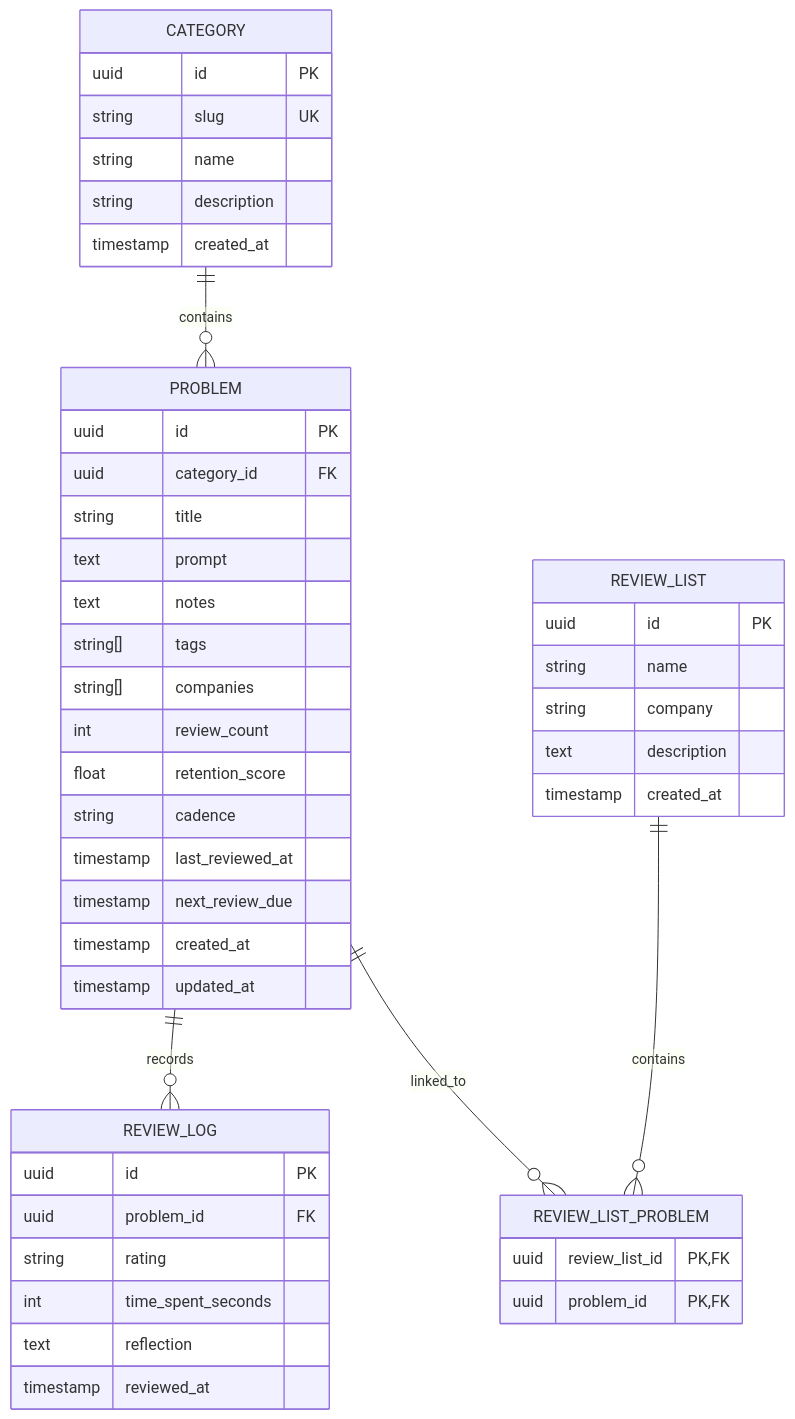
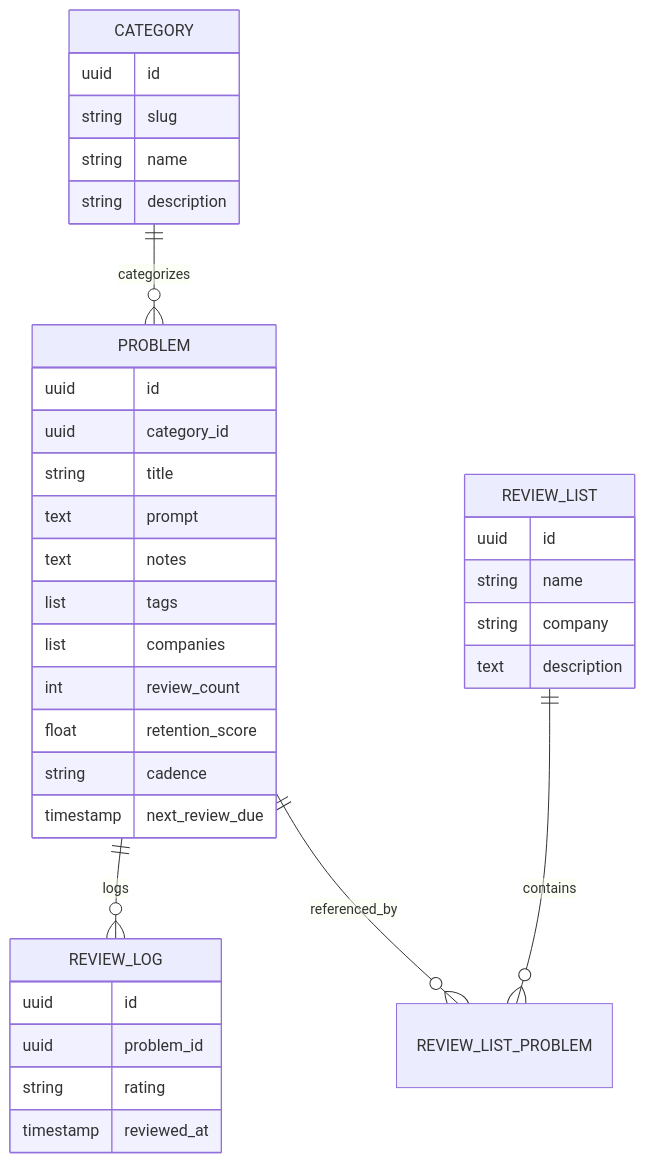
One commit to 92fueler/brain_shuffle changed the third of 6 diagrams in docs/DESIGN.md. Above: the diagram before and after it, drawn with Mermaid. The commit also changed other lines of this file and 13 other files, not shown here.

````diff
--- a/docs/DESIGN.md
+++ b/docs/DESIGN.md
@@ -90,54 +81,42 @@
 ```mermaid
 erDiagram
-    CATEGORY ||--o{ PROBLEM : contains
-    PROBLEM ||--o{ REVIEW_LOG : records
+    CATEGORY ||--o{ PROBLEM : categorizes
+    PROBLEM ||--o{ REVIEW_LOG : logs
     REVIEW_LIST ||--o{ REVIEW_LIST_PROBLEM : contains
-    PROBLEM ||--o{ REVIEW_LIST_PROBLEM : linked_to
+    PROBLEM ||--o{ REVIEW_LIST_PROBLEM : referenced_by
 
     CATEGORY {
-        uuid id PK
-        string slug UK
+        uuid id
+        string slug
         string name
         string description
-        timestamp created_at
     }
 
     PROBLEM {
-        uuid id PK
-        uuid category_id FK
+        uuid id
+        uuid category_id
         string title
         text prompt
         text notes
-        string[] tags
-        string[] companies
+        list tags
+        list companies
         int review_count
         float retention_score
         string cadence
-        timestamp last_reviewed_at
         timestamp next_review_due
-        timestamp created_at
-        timestamp updated_at
     }
 
     REVIEW_LIST {
-        uuid id PK
+        uuid id
         string name
         string company
         text description
-        timestamp created_at
-    }
-
-    REVIEW_LIST_PROBLEM {
-        uuid review_list_id PK,FK
-        uuid problem_id PK,FK
     }
 
     REVIEW_LOG {
-        uuid id PK
-        uuid problem_id FK
+        uuid id
+        uuid problem_id
         string rating
-        int time_spent_seconds
-        text reflection
         timestamp reviewed_at
     }
 ```
````
